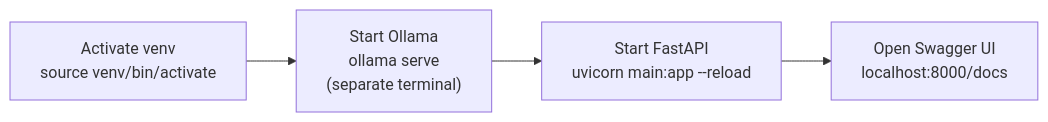
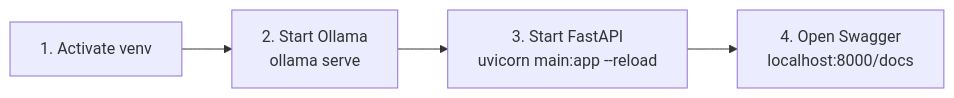
The third of 3 diagrams in README.md (roadtowiganpier/rada-backend), drawn with Mermaid before and after one commit. The commit also changed other lines of this file, not shown here.

````diff
--- a/README.md
+++ b/README.md
@@ -307,6 +503,6 @@
 ```mermaid
 flowchart LR
-    A["Activate venv\nsource venv/bin/activate"] --> B["Start Ollama\nollama serve\n(separate terminal)"]
-    B --> C["Start FastAPI\nuvicorn main:app --reload"]
-    C --> D["Open Swagger UI\nlocalhost:8000/docs"]
+    A["1. Activate venv"] --> B["2. Start Ollama\nollama serve"]
+    B --> C["3. Start FastAPI\nuvicorn main:app --reload"]
+    C --> D["4. Open Swagger\nlocalhost:8000/docs"]
 ```
````
